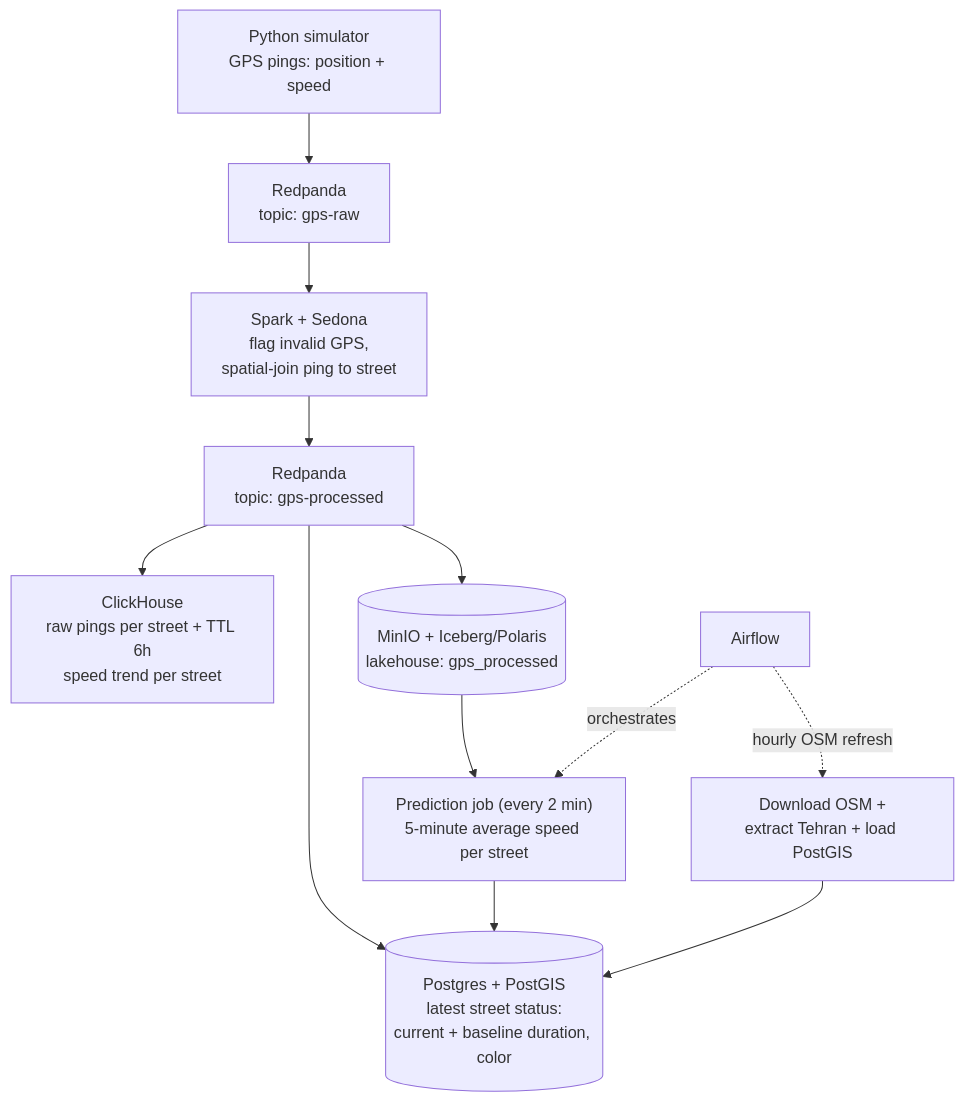
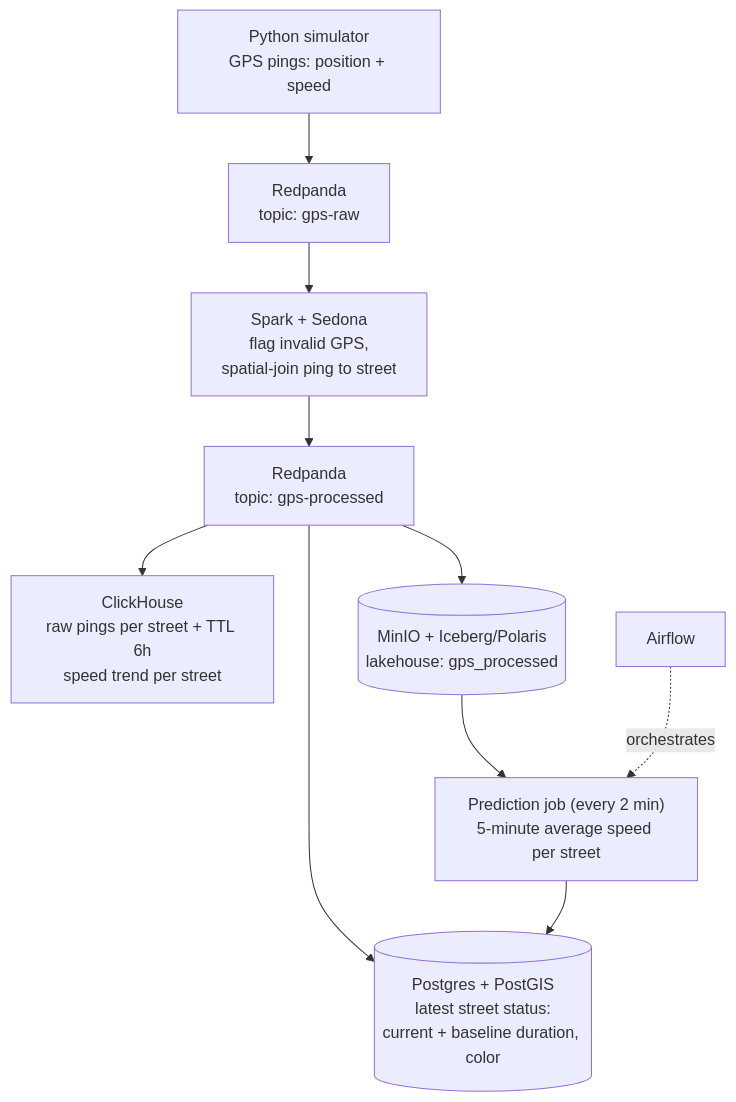
The first of 2 diagrams in README.md (km1368/geostream-maps), drawn with Mermaid before and after one commit. The commit also changed other lines of this file and 6 other files, not shown here.

````diff
--- a/README.md
+++ b/README.md
@@ -20,14 +29,12 @@
 ```mermaid
 flowchart TD
     SIM["Python simulator<br/>GPS pings: position + speed"] --> RAW["Redpanda<br/>topic: gps-raw"]
     RAW --> SP["Spark + Sedona<br/>flag invalid GPS,<br/>spatial-join ping to street"]
     SP --> ENR["Redpanda<br/>topic: gps-processed"]
     ENR --> PG[("Postgres + PostGIS<br/>latest street status:<br/>current + baseline duration, color")]
     ENR --> CH["ClickHouse<br/>raw pings per street + TTL 6h<br/>speed trend per street"]
     ENR --> S3[("MinIO + Iceberg/Polaris<br/>lakehouse: gps_processed")]
     S3 --> PRED["Prediction job (every 2 min)<br/>5-minute average speed per street"]
     PRED --> PG
     AF["Airflow"] -.->|"orchestrates"| PRED
-    AF -.->|"hourly OSM refresh"| OSM["Download OSM +<br/>extract Tehran + load PostGIS"]
-    OSM --> PG
 ```
````
